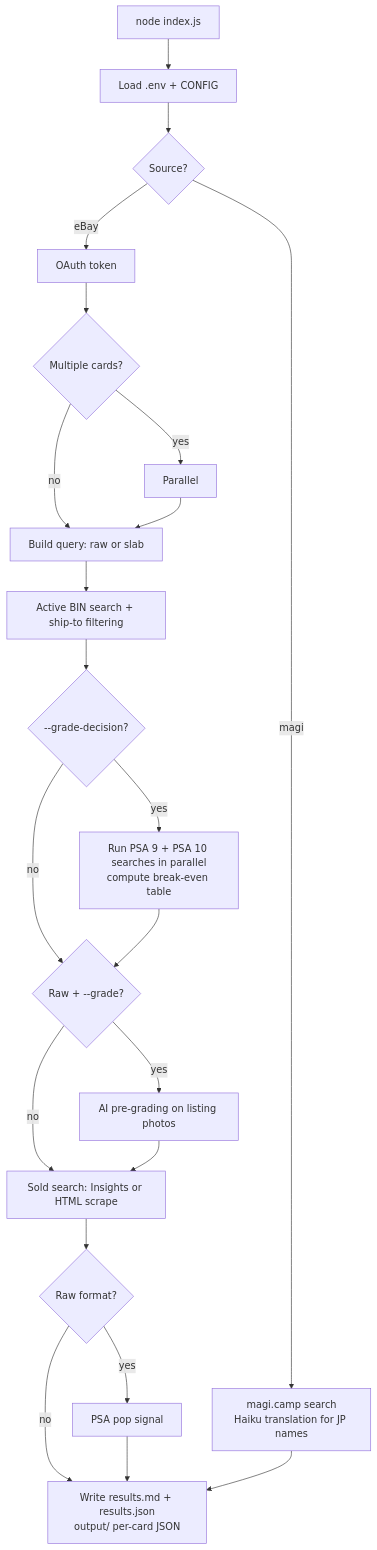
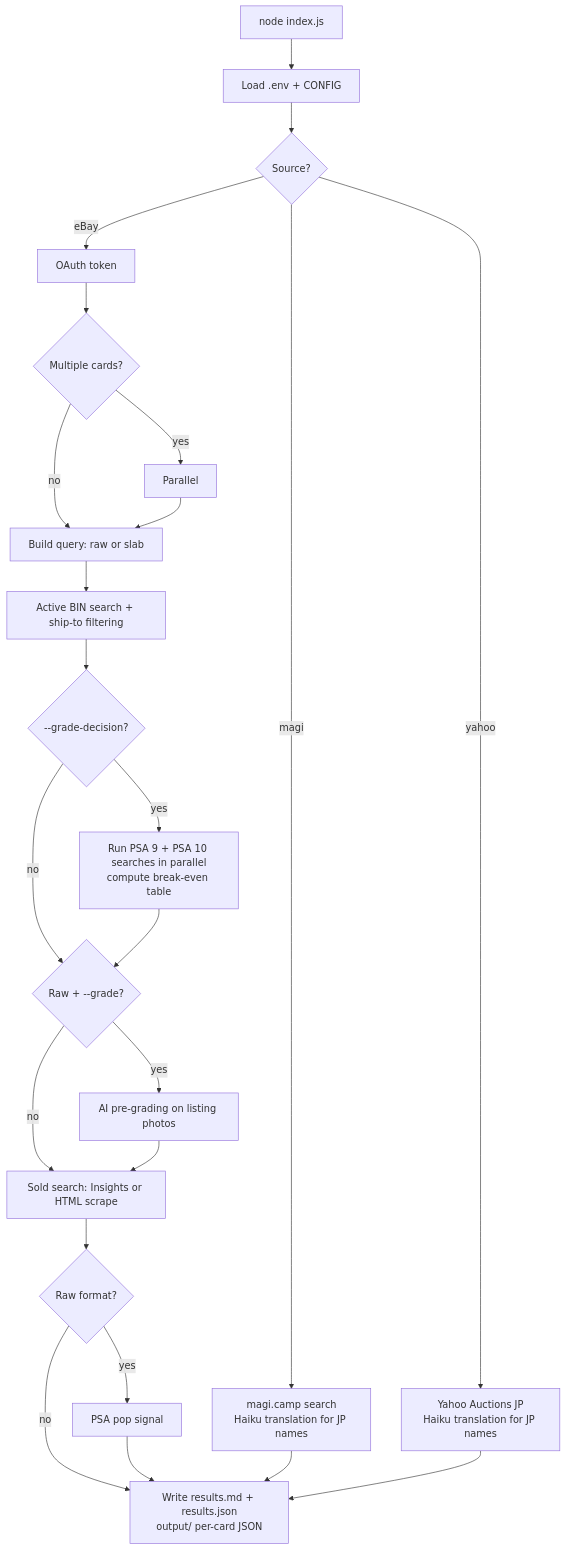
The diagram in README.md (Pyronewbic/casecomp), drawn with Mermaid before and after one commit. The commit also changed other lines of this file and 7 other files, not shown here.

First line of the commit message:
feat: Yahoo Auctions JP source + AI grading with front+back photos + grade detail table

````diff
--- a/README.md
+++ b/README.md
@@ -186,25 +180,27 @@
 ```mermaid
 flowchart TD
   A[node index.js] --> B[Load .env + CONFIG]
   B --> C{Source?}
   C -->|eBay| D[OAuth token]
   C -->|magi| M[magi.camp search\nHaiku translation for JP names]
+  C -->|yahoo| Y[Yahoo Auctions JP\nHaiku translation for JP names]
   D --> E{Multiple cards?}
   E -->|yes| P[Parallel]
   E -->|no| F
   P --> F[Build query: raw or slab]
   F --> G[Active BIN search + ship-to filtering]
   G --> GD{--grade-decision?}
   GD -->|yes| GD2[Run PSA 9 + PSA 10 searches in parallel\ncompute break-even table]
   GD -->|no| H
   GD2 --> H
   H{Raw + --grade?}
   H -->|yes| I[AI pre-grading on listing photos]
   H -->|no| J[Sold search: Insights or HTML scrape]
   I --> J
   J --> K{Raw format?}
   K -->|yes| L[PSA pop signal]
   K -->|no| N
   L --> N[Write results.md + results.json\noutput/ per-card JSON]
   M --> N
+  Y --> N
 ```
````
